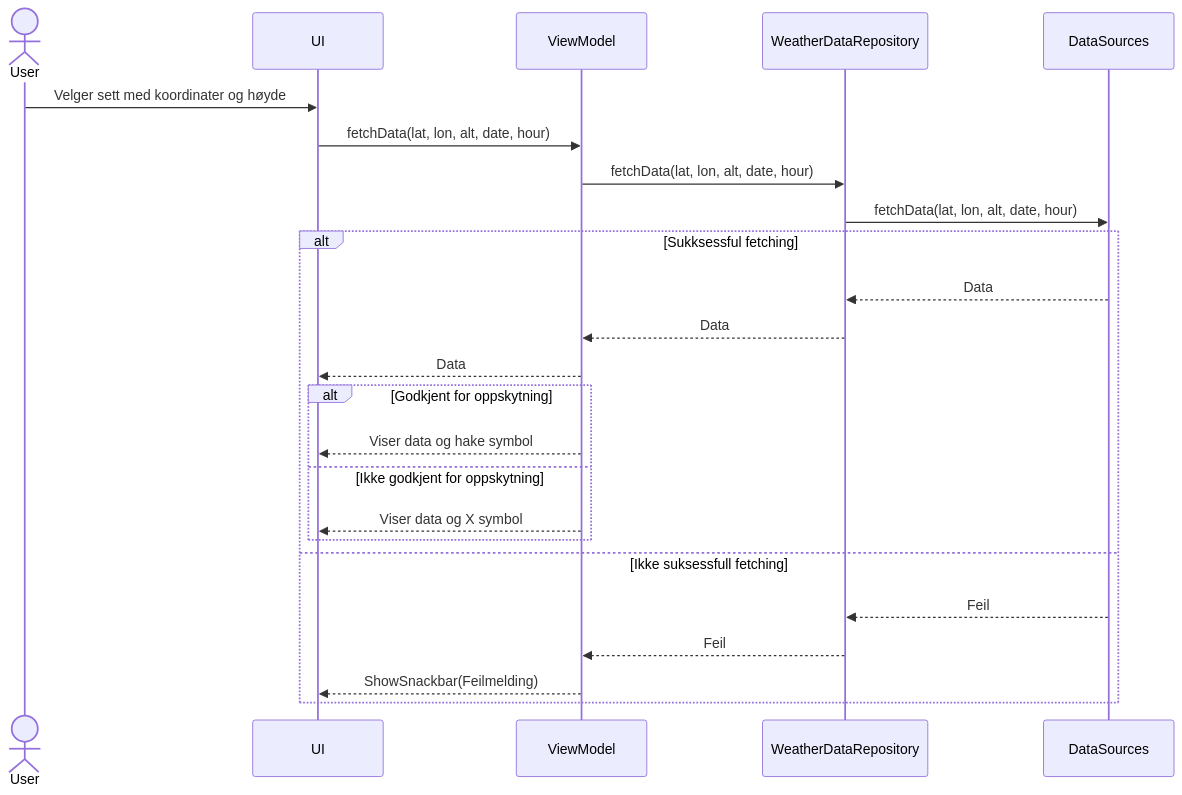
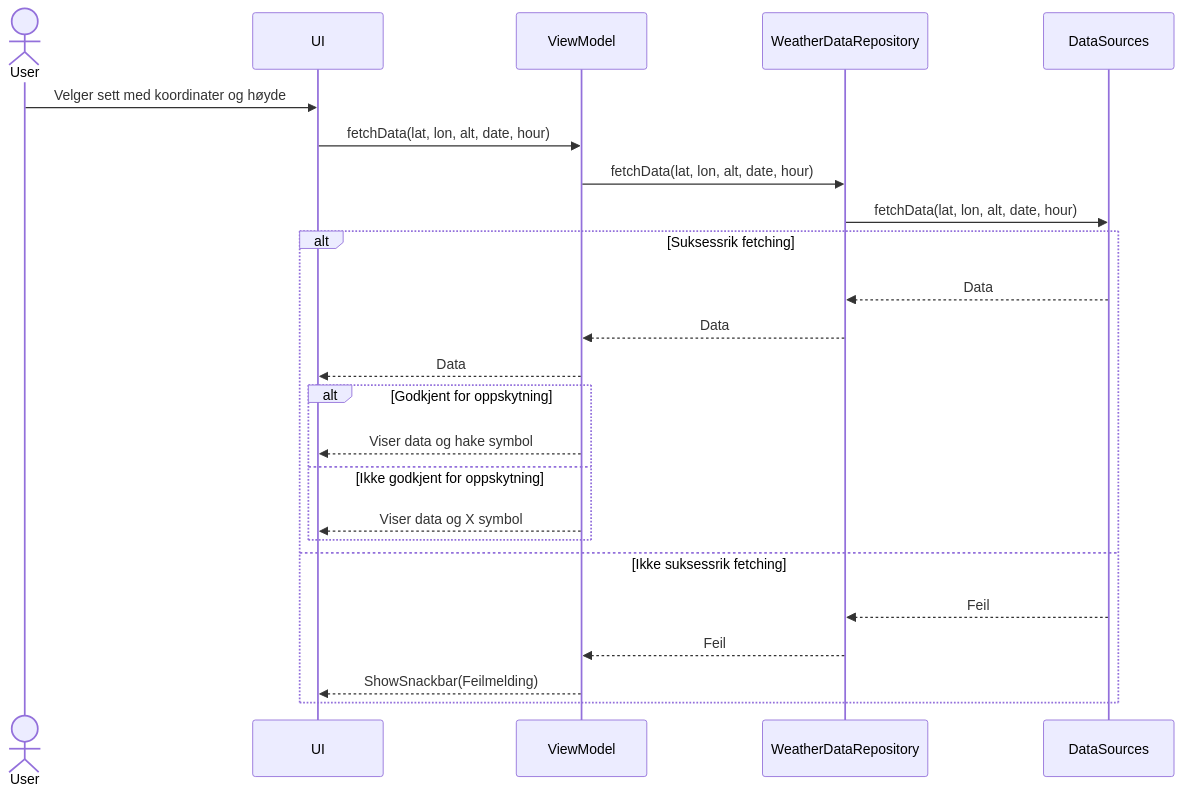
One commit to Nithusan2002/LiftOff changed the first of 2 diagrams in MODELING.md. Above: the diagram before and after it, drawn with Mermaid. The commit also changed other lines of this file, not shown here.

````diff
--- a/MODELING.md
+++ b/MODELING.md
@@ -7,31 +7,31 @@
 ```mermaid
 sequenceDiagram
     actor User
     participant UI
     participant ViewModel
     participant WeatherDataRepository
     participant DataSources
     
     User->>UI: Velger sett med koordinater og høyde
    
     UI->>ViewModel: fetchData(lat, lon, alt, date, hour)
     ViewModel->>WeatherDataRepository: fetchData(lat, lon, alt, date, hour)
     WeatherDataRepository->>DataSources: fetchData(lat, lon, alt, date, hour)
 
-    alt Sukksessful fetching
+    alt Suksessrik fetching
         DataSources -->> WeatherDataRepository: Data
         WeatherDataRepository -->> ViewModel: Data
         ViewModel -->> UI: Data
         
         alt Godkjent for oppskytning
             ViewModel -->> UI: Viser data og hake symbol
         else Ikke godkjent for oppskytning
             ViewModel -->> UI: Viser data og X symbol 
         end
 
-    else Ikke suksessfull fetching
+    else Ikke suksessrik fetching
         DataSources -->> WeatherDataRepository: Feil
         WeatherDataRepository -->> ViewModel: Feil
         ViewModel -->>UI: ShowSnackbar(Feilmelding)
     end
 ```
````
